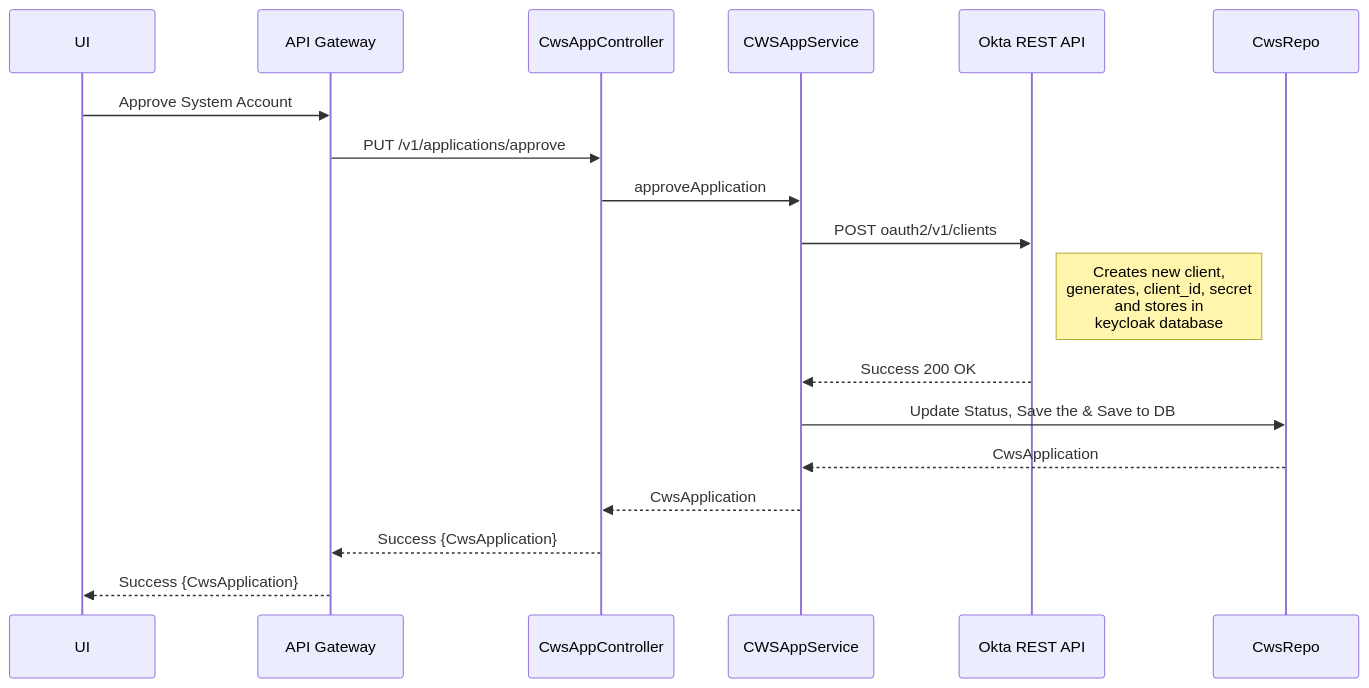
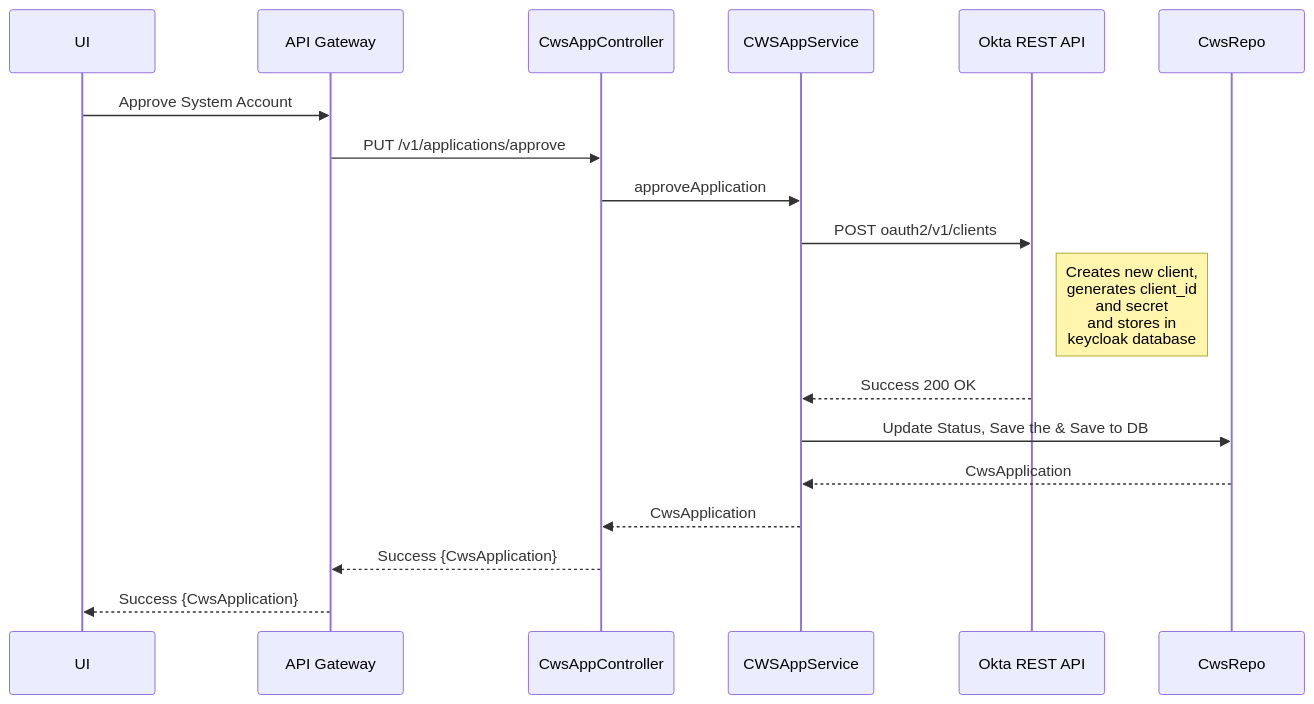
The first of 4 diagrams in README.md (venuduggireddy/slakedit), drawn with Mermaid before and after one commit. The commit also changed other lines of this file, not shown here.

Commit message:
README.md updated from https://stackedit.io/

````diff
--- a/README.md
+++ b/README.md
@@ -74,14 +74,14 @@
 ```mermaid
 sequenceDiagram
 UI ->> API Gateway: Approve System Account
 API Gateway->>CwsAppController: PUT /v1/applications/approve
 CwsAppController->> CWSAppService: approveApplication
 CWSAppService ->> Okta REST API: POST oauth2/v1/clients
-Note right of Okta REST API: Creates new client,<br/>generates, client_id, secret<br/> and stores in <br/> keycloak database
+Note right of Okta REST API: Creates new client,<br/>generates client_id <br/> and secret<br/> and stores in <br/> keycloak database
 Okta REST API -->> CWSAppService : Success 200 OK
 CWSAppService ->> CwsRepo: Update Status, Save the & Save to DB 
 CwsRepo -->> CWSAppService: CwsApplication
 CWSAppService -->> CwsAppController: CwsApplication
 CwsAppController -->> API Gateway: Success {CwsApplication}
 API Gateway -->> UI: Success {CwsApplication}
 ```
````
